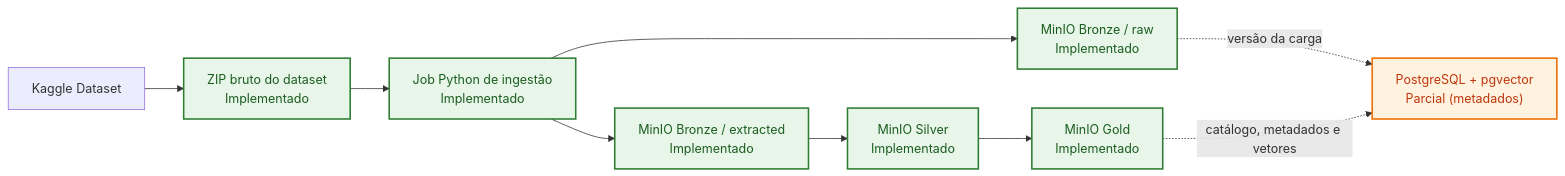
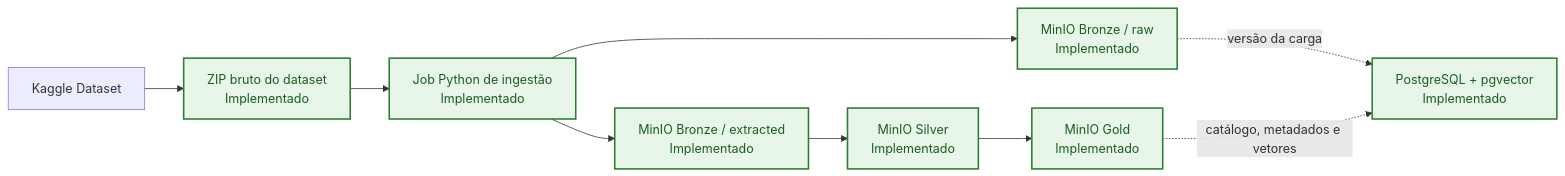
The second of 4 diagrams in README.md (pedroandrade03/rag-intelligence), drawn with Mermaid before and after one commit. The commit also changed other lines of this file and 23 other files, not shown here.

````diff
--- a/README.md
+++ b/README.md
@@ -104,24 +104,23 @@
 ```mermaid
 flowchart LR
     kaggle["Kaggle Dataset"]
     zip["ZIP bruto do dataset<br/>Implementado"]
     importer["Job Python de ingestão<br/>Implementado"]
     bronzeRaw["MinIO Bronze / raw<br/>Implementado"]
     bronzeExtracted["MinIO Bronze / extracted<br/>Implementado"]
     silver["MinIO Silver<br/>Implementado"]
     gold["MinIO Gold<br/>Implementado"]
-    pg["PostgreSQL + pgvector<br/>Parcial (metadados)"]
+    pg["PostgreSQL + pgvector<br/>Implementado"]
 
     kaggle --> zip --> importer
     importer --> bronzeRaw
     importer --> bronzeExtracted
     bronzeExtracted --> silver --> gold
     bronzeRaw -. versão da carga .-> pg
     gold -. catálogo, metadados e vetores .-> pg
 
     classDef implemented fill:#e8f5e9,stroke:#2e7d32,color:#1b5e20,stroke-width:2px;
     classDef partial fill:#fff3e0,stroke:#ef6c00,color:#bf360c,stroke-width:2px;
     classDef planned fill:#fff8e1,stroke:#ef6c00,color:#bf360c,stroke-dasharray: 5 5;
-    class zip,importer,bronzeRaw,bronzeExtracted,silver,gold implemented;
-    class pg partial;
+    class zip,importer,bronzeRaw,bronzeExtracted,silver,gold,pg implemented;
 ```
````
